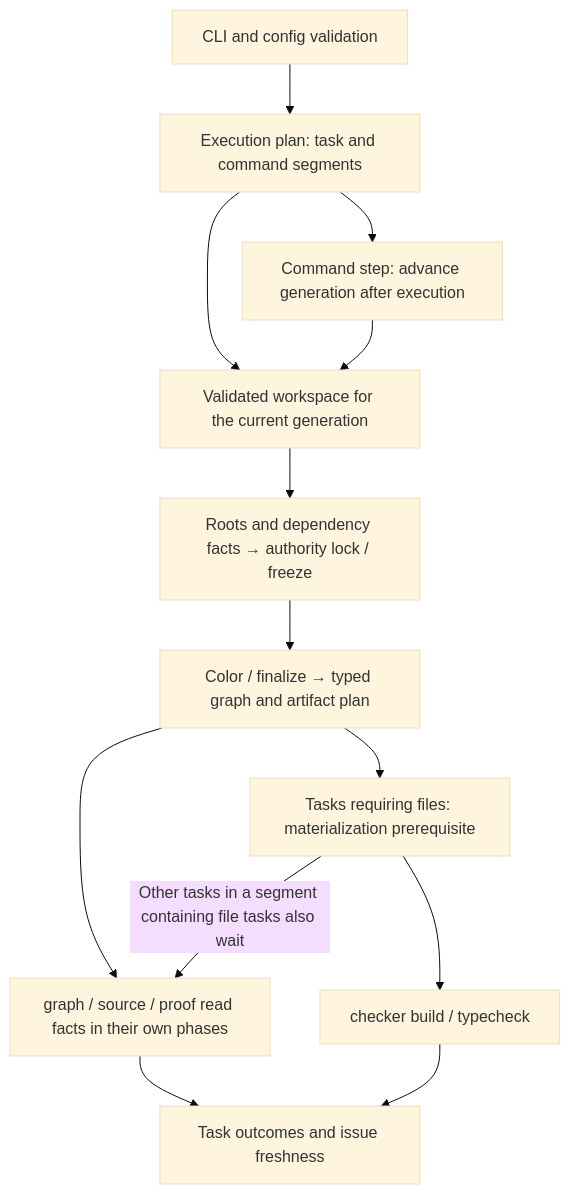
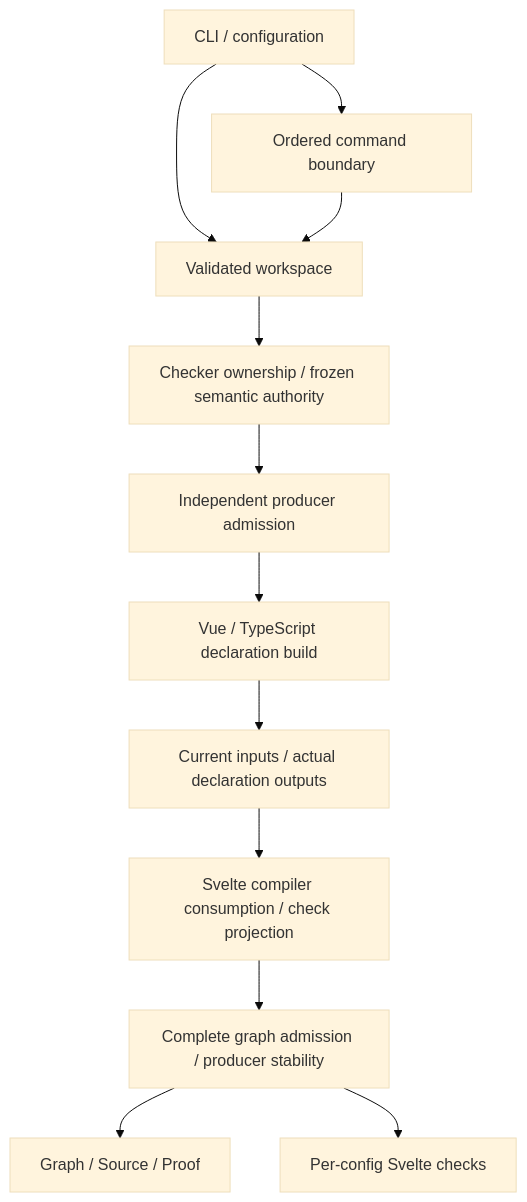
One commit to senaoxi/limina changed the diagram in .agents/docs/system-model.md. Above: the diagram before and after it, drawn with Mermaid (base theme). The commit also changed other lines of this file and 92 other files, not shown here.

First line of the commit message:
feat(checker): build producers before Svelte consumer checks

````diff
--- a/.agents/docs/system-model.md
+++ b/.agents/docs/system-model.md
@@ -111,15 +111,14 @@
 ```mermaid
 flowchart TB
-  CLI["CLI and config validation"] --> Plan["Execution plan: task and command segments"]
-  Plan --> Workspace["Validated workspace for the current generation"]
-  Workspace --> Ownership["Roots and dependency facts → authority lock / freeze"]
-  Ownership --> Graph["Color / finalize → typed graph and artifact plan"]
-  Graph --> Checks["graph / source / proof read facts in their own phases"]
-  Graph --> Materialize["Tasks requiring files: materialization prerequisite"]
-  Materialize --> Checker["checker build / typecheck"]
-  Materialize -->|"Other tasks in a segment containing file tasks also wait"| Checks
-  Checks --> Result["Task outcomes and issue freshness"]
-  Checker --> Result
-  Plan --> Command["Command step: advance generation after execution"]
+  CLI["CLI / configuration"] --> Workspace["Validated workspace"]
+  Workspace --> Ownership["Checker ownership / frozen semantic authority"]
+  Ownership --> Producers["Independent producer admission"]
+  Producers --> Build["Vue / TypeScript declaration build"]
+  Build --> Receipt["Current inputs / actual declaration outputs"]
+  Receipt --> Resolution["Svelte compiler consumption / check projection"]
+  Resolution --> Final["Complete graph admission / producer stability"]
+  Final --> Checks["Graph / Source / Proof"]
+  Final --> Svelte["Per-config Svelte checks"]
+  CLI --> Command["Ordered command boundary"]
   Command --> Workspace
 ```
````
